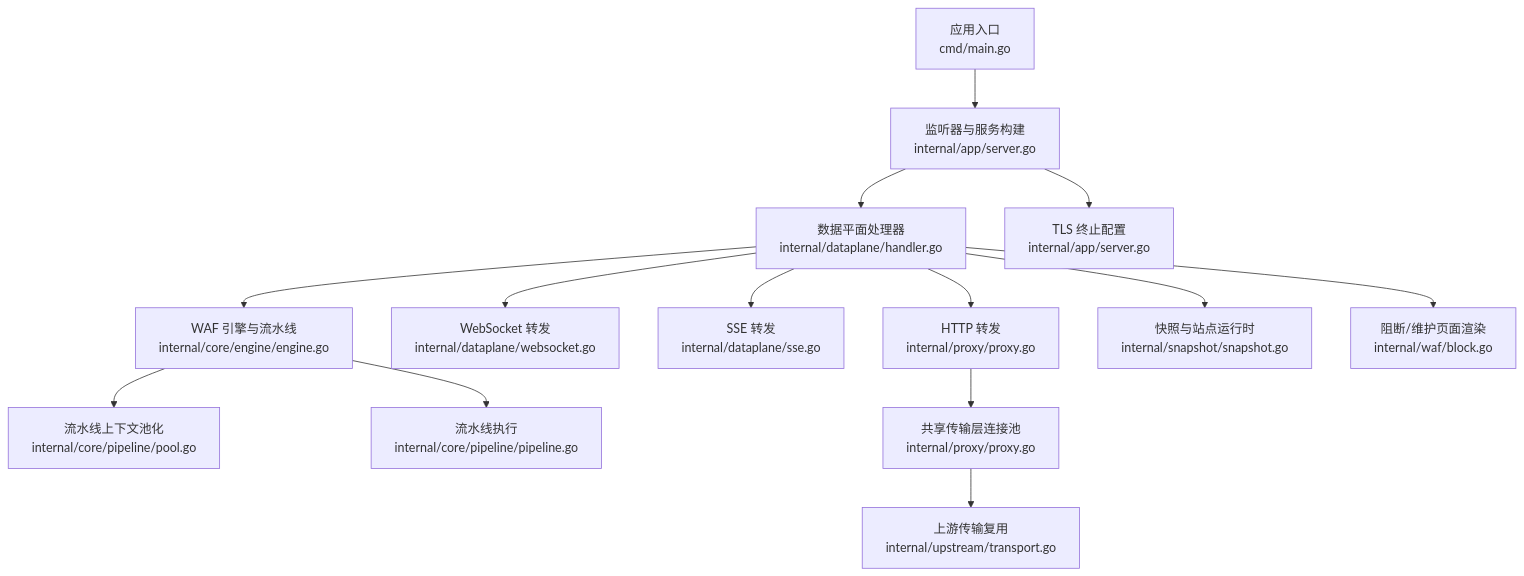
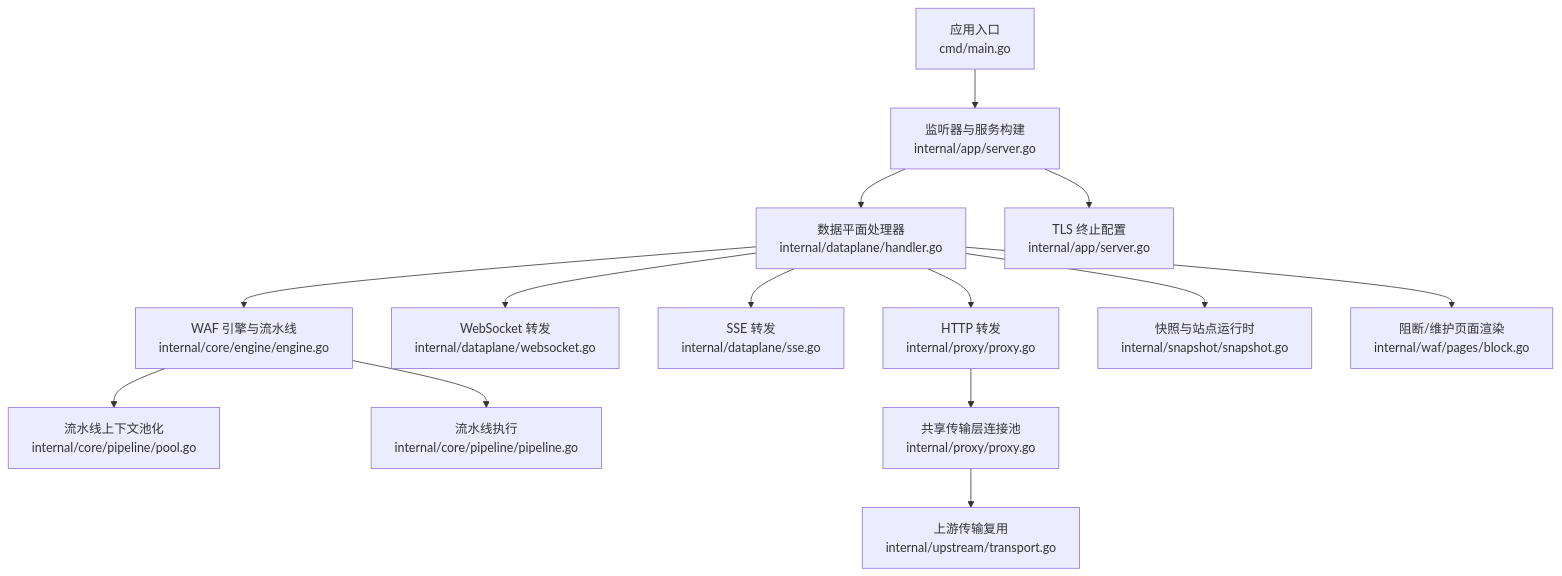
One commit to x01n/My-OpenWaf changed the first of 9 diagrams in docs/数据平面处理/数据平面处理.md. Above: the diagram before and after it, drawn with Mermaid. The commit also changed other lines of this file and 199 other files, not shown here.

````diff
--- a/docs/数据平面处理/数据平面处理.md
+++ b/docs/数据平面处理/数据平面处理.md
@@ -45,16 +52,16 @@
 ```mermaid
 graph TB
 A["应用入口<br/>cmd/main.go"] --> B["监听器与服务构建<br/>internal/app/server.go"]
 B --> C["数据平面处理器<br/>internal/dataplane/handler.go"]
 C --> C1["HTTP 转发<br/>internal/proxy/proxy.go"]
 C --> C2["WebSocket 转发<br/>internal/dataplane/websocket.go"]
 C --> C3["SSE 转发<br/>internal/dataplane/sse.go"]
 C --> D["WAF 引擎与流水线<br/>internal/core/engine/engine.go"]
 D --> E["流水线上下文池化<br/>internal/core/pipeline/pool.go"]
 D --> F["流水线执行<br/>internal/core/pipeline/pipeline.go"]
 C --> G["快照与站点运行时<br/>internal/snapshot/snapshot.go"]
-C --> H["阻断/维护页面渲染<br/>internal/waf/block.go"]
+C --> H["阻断/维护页面渲染<br/>internal/waf/pages/block.go"]
 B --> I["TLS 终止配置<br/>internal/app/server.go"]
 C1 --> J["共享传输层连接池<br/>internal/proxy/proxy.go"]
 J --> K["上游传输复用<br/>internal/upstream/transport.go"]
 ```
````
